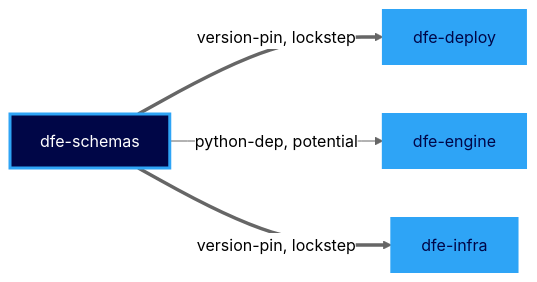
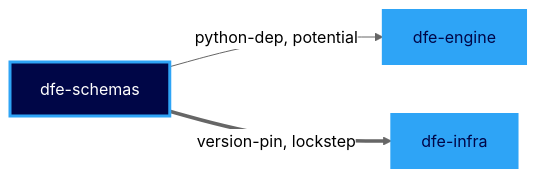
The sixth of 17 diagrams in docs/suite-graph.md (hyperi-io/dfe-infra), drawn with Mermaid (neutral theme) before and after one commit. The commit also changed other lines of this file and 4 other files, not shown here.

````diff
--- a/docs/suite-graph.md
+++ b/docs/suite-graph.md
@@ -250,12 +247,10 @@
 ```mermaid
 flowchart LR
   dfe_schemas["dfe-schemas"]:::producer
-  dfe_deploy["dfe-deploy"]:::suite
-  dfe_schemas ==>|version-pin, lockstep| dfe_deploy
   dfe_engine["dfe-engine"]:::suite
   dfe_schemas -->|python-dep, potential| dfe_engine
   dfe_infra["dfe-infra"]:::suite
   dfe_schemas ==>|version-pin, lockstep| dfe_infra
   classDef suite fill:#2EA4F6,stroke:#2EA4F6,stroke-width:2px,color:#000647
   classDef producer fill:#000647,stroke:#2EA4F6,stroke-width:3px,color:#FFFFFF
 ```
````
